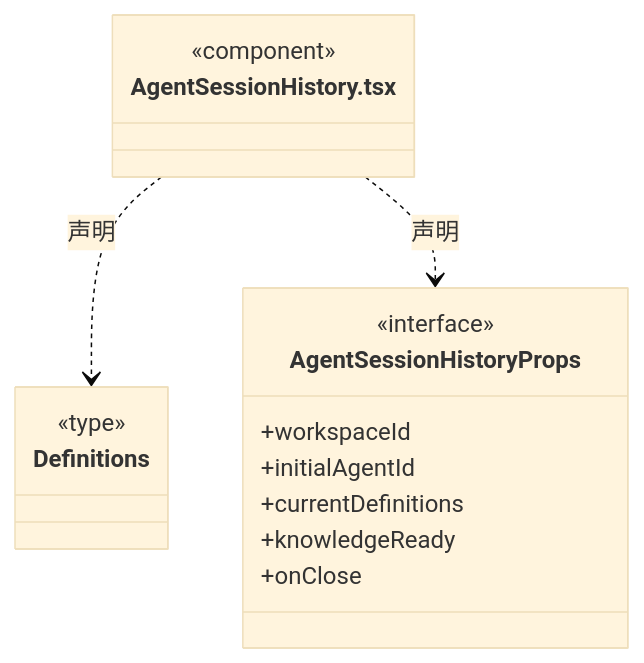
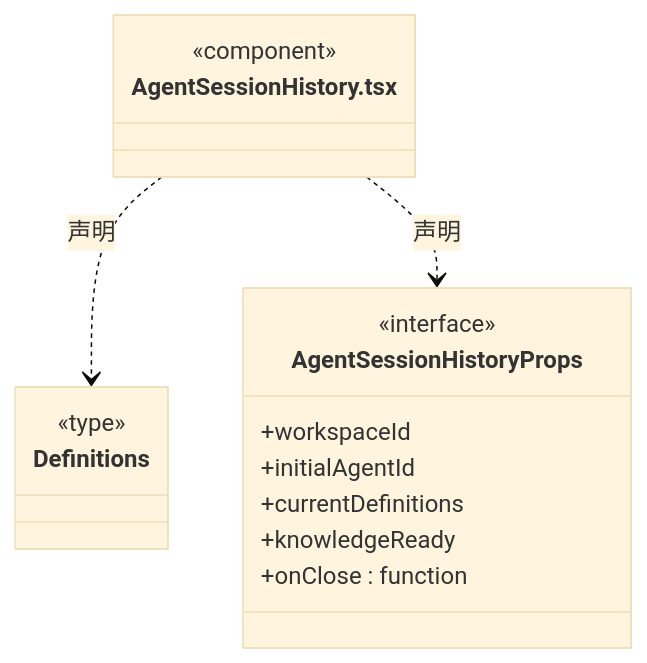
One commit to nan023062/cbim changed the fifth of 29 diagrams in src/view/team/ARCHITECTURE.md. Above: the diagram before and after it, drawn with Mermaid (base theme). The commit also changed other lines of this file and 137 other files, not shown here.

Commit message:
fix: align architecture generator with documentation standards

````diff
--- a/src/view/team/ARCHITECTURE.md
+++ b/src/view/team/ARCHITECTURE.md
@@ -214,20 +220,20 @@
 ```mermaid
 classDiagram
 class N_src_view_team_AgentSessionHistory_tsx["AgentSessionHistory.tsx"] {
   <<component>>
 }
 class N_src_view_team_AgentSessionHistory_tsx_Definitions["Definitions"] {
   <<type>>
 
 }
 N_src_view_team_AgentSessionHistory_tsx ..> N_src_view_team_AgentSessionHistory_tsx_Definitions : 声明
 class N_src_view_team_AgentSessionHistory_tsx_AgentSessionHistoryProps["AgentSessionHistoryProps"] {
   <<interface>>
   +workspaceId
   +initialAgentId
   +currentDefinitions
   +knowledgeReady
-  +onClose
+  +onClose : function
 }
 N_src_view_team_AgentSessionHistory_tsx ..> N_src_view_team_AgentSessionHistory_tsx_AgentSessionHistoryProps : 声明
 ```
````
